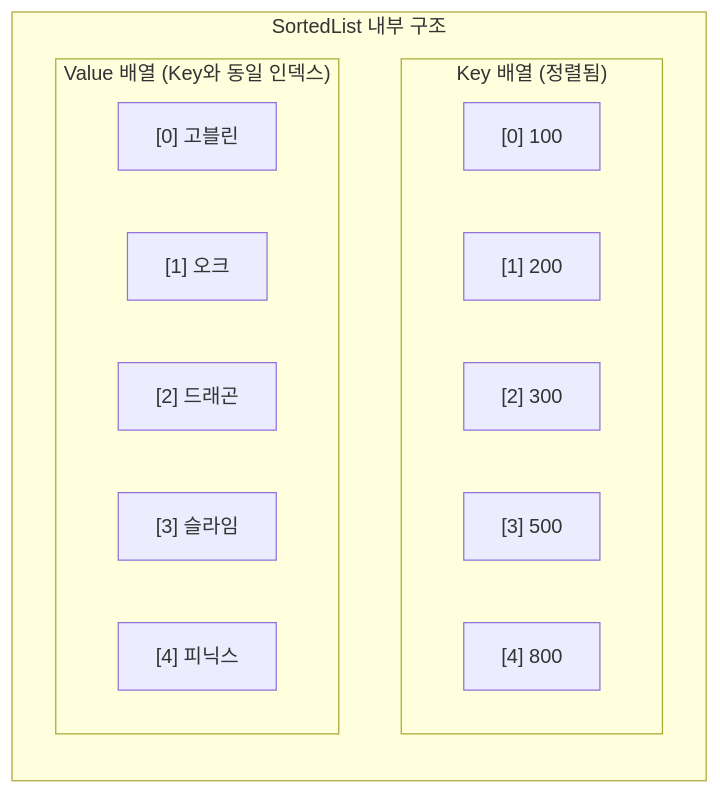
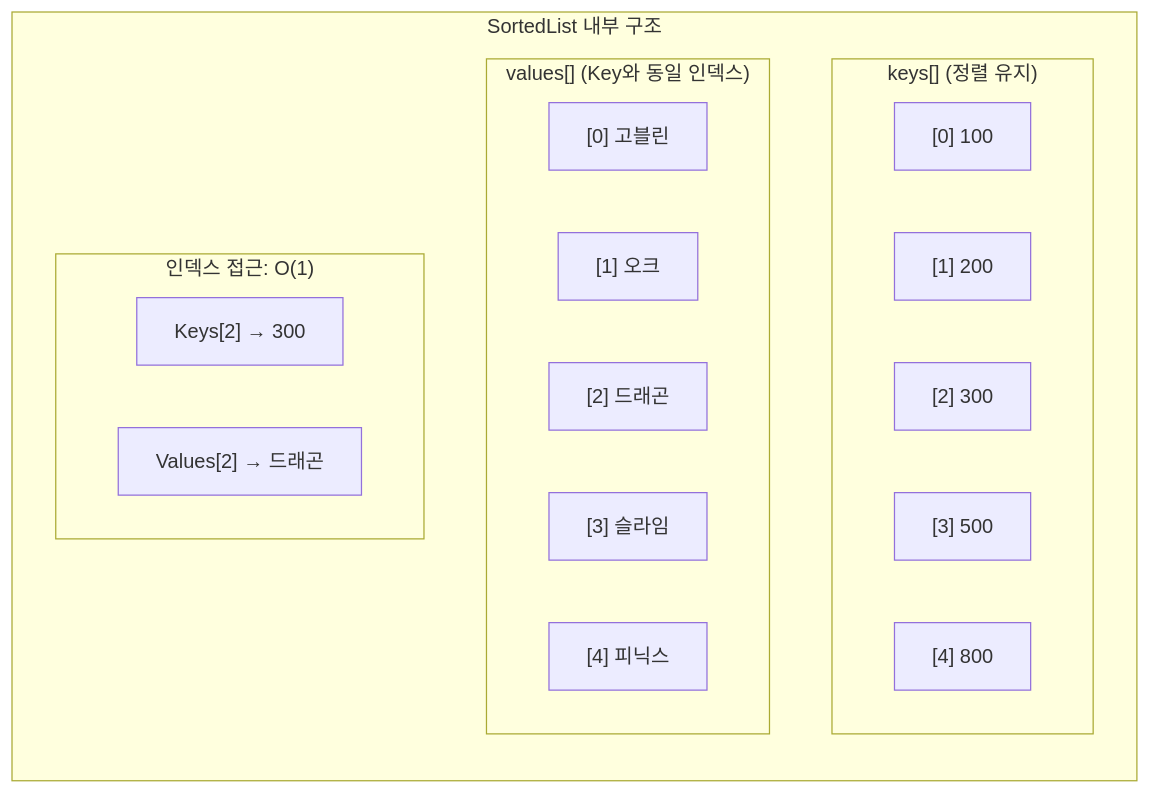
Before and after one commit to Epheria/Epheria.github.io: the third of 8 diagrams in _posts/Csharp/DataStructure/2023-07-27-CsharpDS01.md, drawn with Mermaid. The commit also changed other lines of this file and 2 other files, not shown here.

````diff
--- a/_posts/Csharp/DataStructure/2023-07-27-CsharpDS01.md
+++ b/_posts/Csharp/DataStructure/2023-07-27-CsharpDS01.md
@@ -138,20 +162,24 @@
 ```mermaid
 flowchart TB
     subgraph SortedList["SortedList 내부 구조"]
         direction TB
-        subgraph Keys["Key 배열 (정렬됨)"]
+        subgraph Keys["keys[] (정렬 유지)"]
             K0["[0] 100"]
             K1["[1] 200"]
             K2["[2] 300"]
             K3["[3] 500"]
             K4["[4] 800"]
         end
-        subgraph Values["Value 배열 (Key와 동일 인덱스)"]
+        subgraph Values["values[] (Key와 동일 인덱스)"]
             V0["[0] 고블린"]
             V1["[1] 오크"]
             V2["[2] 드래곤"]
             V3["[3] 슬라임"]
             V4["[4] 피닉스"]
         end
+        subgraph Idx["인덱스 접근: O(1)"]
+            I0["Keys[2] → 300"]
+            I1["Values[2] → 드래곤"]
+        end
     end
 ```
````
